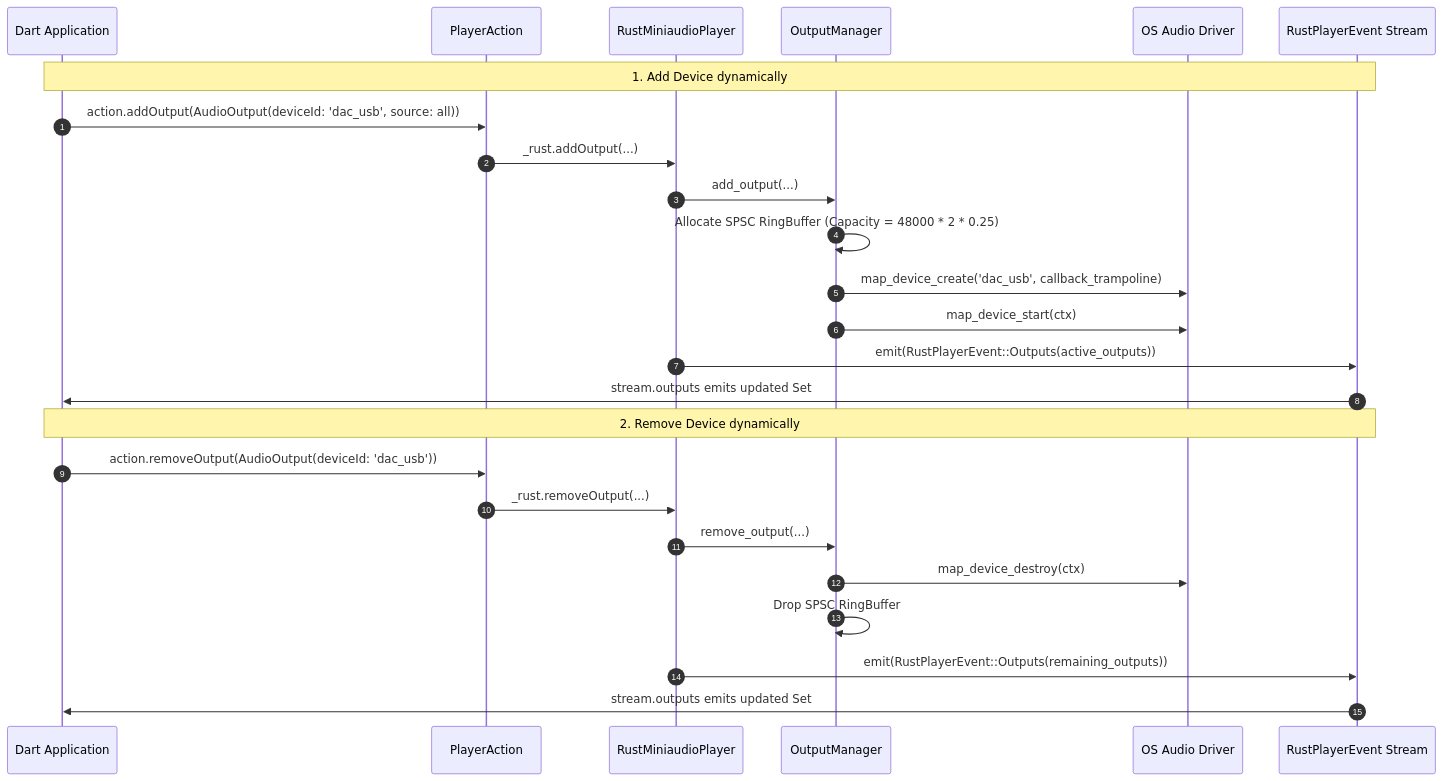
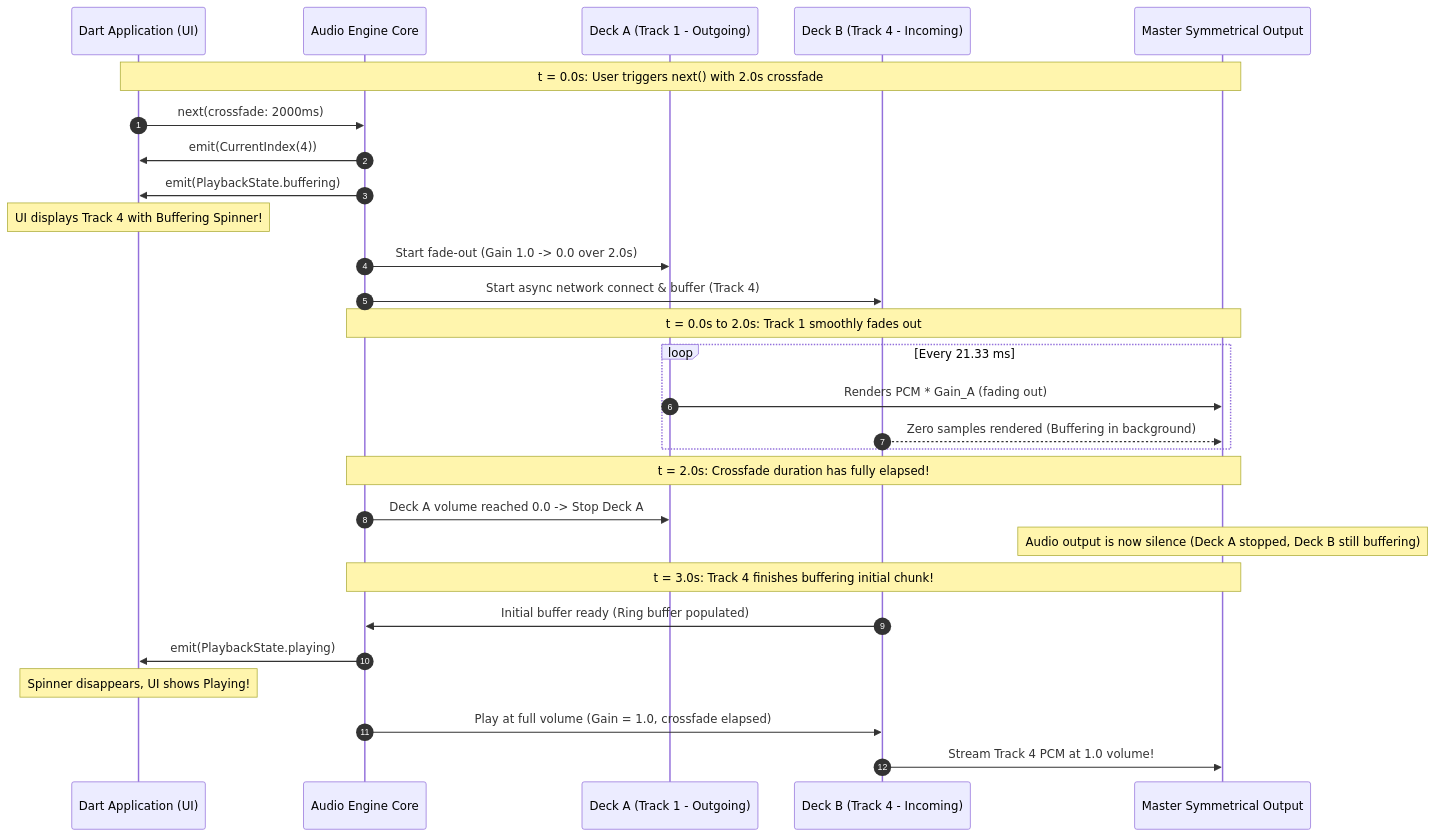
Before and after one commit to chomusuke-mk/miniaudio_player: the third of 3 diagrams in docs/REFACTOR.md, drawn with Mermaid. The commit also changed other lines of this file and 25 other files, not shown here.

Commit message:
send queue and index in same event

````diff
--- a/docs/REFACTOR.md
+++ b/docs/REFACTOR.md
@@ -152,29 +146,35 @@
 ```mermaid
 sequenceDiagram
     autonumber
-    participant UI as Dart Application
-    participant Action as PlayerAction
-    participant Rust as RustMiniaudioPlayer
-    participant OutMgr as OutputManager
-    participant OS as OS Audio Driver
-    participant Event as RustPlayerEvent Stream
+    participant UI as Dart Application (UI)
+    participant Core as Audio Engine Core
+    participant DeckA as Deck A (Track 1 - Outgoing)
+    participant DeckB as Deck B (Track 4 - Incoming)
+    participant Out as Master Symmetrical Output
 
-    Note over UI,Event: 1. Add Device dynamically
-    UI->>Action: action.addOutput(AudioOutput(deviceId: 'dac_usb', source: all))
-    Action->>Rust: _rust.addOutput(...)
-    Rust->>OutMgr: add_output(...)
-    OutMgr->>OutMgr: Allocate SPSC RingBuffer (Capacity = 48000 * 2 * 0.25)
-    OutMgr->>OS: map_device_create('dac_usb', callback_trampoline)
-    OutMgr->>OS: map_device_start(ctx)
-    Rust->>Event: emit(RustPlayerEvent::Outputs(active_outputs))
-    Event->>UI: stream.outputs emits updated Set
+    Note over UI,Out: t = 0.0s: User triggers next() with 2.0s crossfade
+    UI->>Core: next(crossfade: 2000ms)
+    Core->>UI: emit(CurrentIndex(4))
+    Core->>UI: emit(PlaybackState.buffering)
+    Note over UI: UI displays Track 4 with Buffering Spinner!
+    
+    Core->>DeckA: Start fade-out (Gain 1.0 -> 0.0 over 2.0s)
+    Core->>DeckB: Start async network connect & buffer (Track 4)
+    
+    Note over Core,Out: t = 0.0s to 2.0s: Track 1 smoothly fades out
+    loop Every 21.33 ms
+        DeckA->>Out: Renders PCM * Gain_A (fading out)
+        DeckB-->>Out: Zero samples rendered (Buffering in background)
+    end
 
-    Note over UI,Event: 2. Remove Device dynamically
-    UI->>Action: action.removeOutput(AudioOutput(deviceId: 'dac_usb'))
-    Action->>Rust: _rust.removeOutput(...)
-    Rust->>OutMgr: remove_output(...)
-    OutMgr->>OS: map_device_destroy(ctx)
-    OutMgr->>OutMgr: Drop SPSC RingBuffer
-    Rust->>Event: emit(RustPlayerEvent::Outputs(remaining_outputs))
-    Event->>UI: stream.outputs emits updated Set
+    Note over Core,Out: t = 2.0s: Crossfade duration has fully elapsed!
+    Core->>DeckA: Deck A volume reached 0.0 -> Stop Deck A
+    Note over Out: Audio output is now silence (Deck A stopped, Deck B still buffering)
+
+    Note over Core,Out: t = 3.0s: Track 4 finishes buffering initial chunk!
+    DeckB->>Core: Initial buffer ready (Ring buffer populated)
+    Core->>UI: emit(PlaybackState.playing)
+    Note over UI: Spinner disappears, UI shows Playing!
+    Core->>DeckB: Play at full volume (Gain = 1.0, crossfade elapsed)
+    DeckB->>Out: Stream Track 4 PCM at 1.0 volume!
 ```
````
